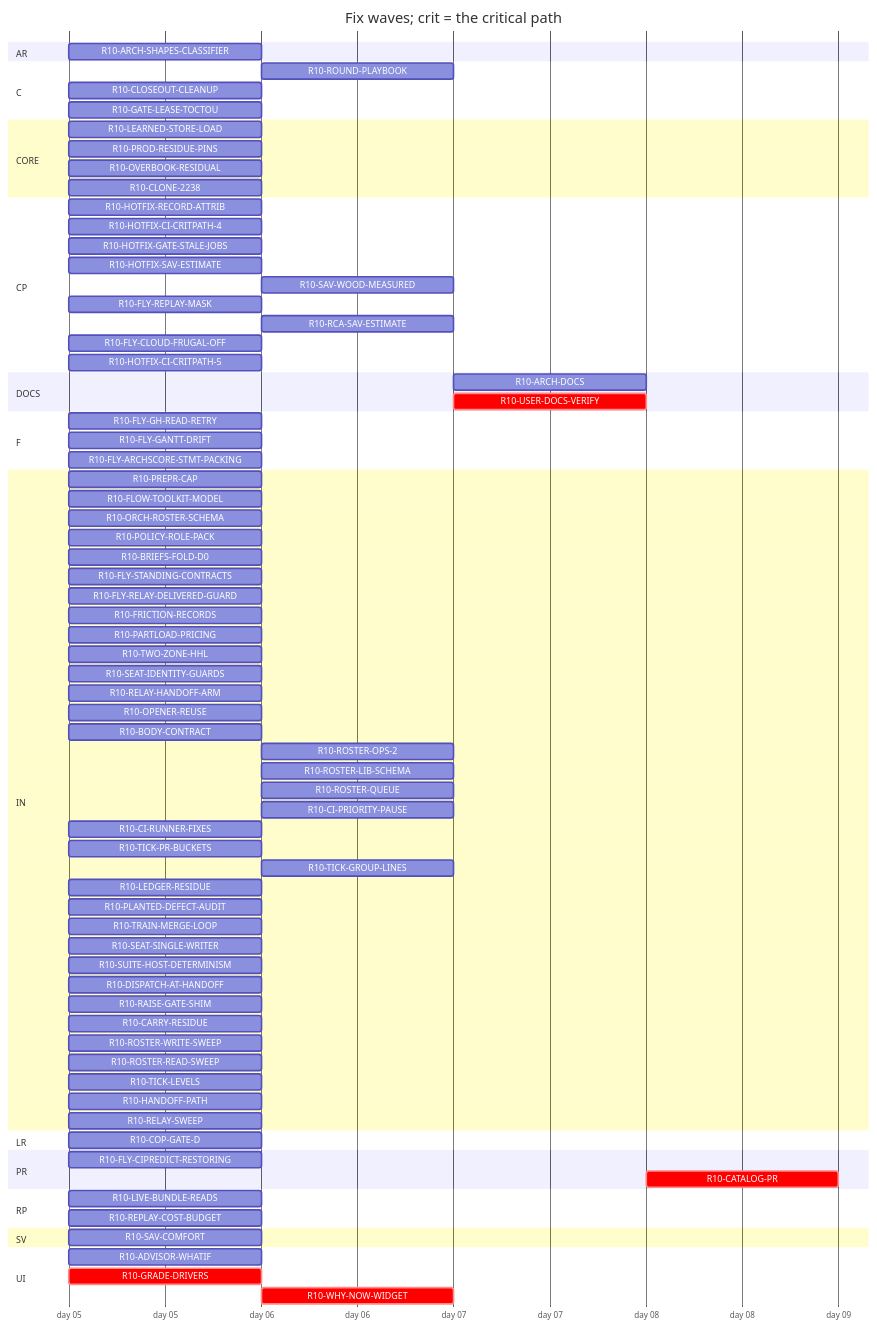
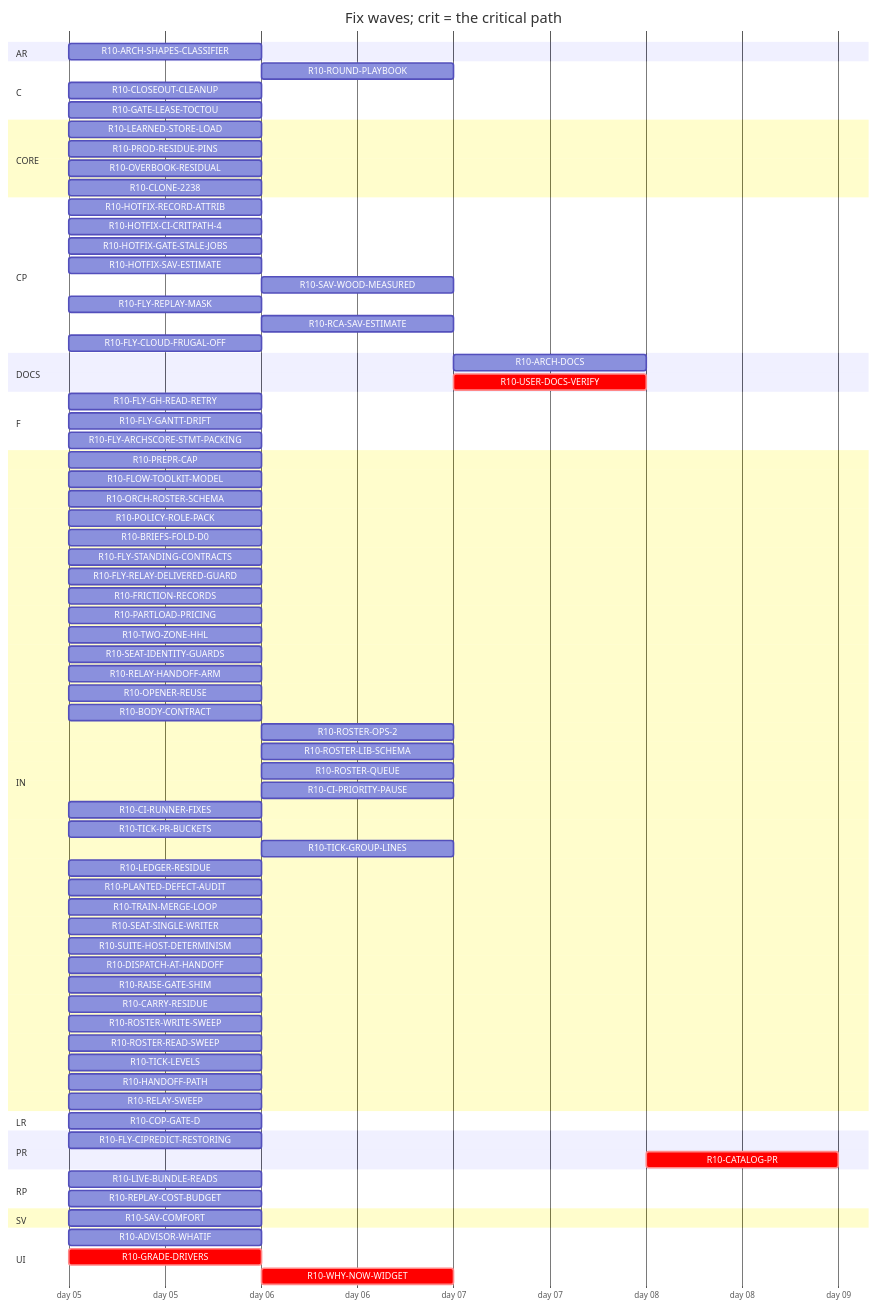
The diagram in handoff/round10/state/PLAN-TABLE.md (tvofi/heatpump_optimizer), drawn with Mermaid before and after one commit. The commit also changed other lines of this file and 3 other files, not shown here.

Commit message:
state: FLOW-BOARD.md, NEXT-SESSION-PROMPT.md, PLAN-TABLE.md, RESUME-CURRENT.md regenerated (state_docs.py)

```diff
--- a/handoff/round10/state/PLAN-TABLE.md
+++ b/handoff/round10/state/PLAN-TABLE.md
@@ -47,7 +47,6 @@
     R10-FLY-REPLAY-MASK :r10FLYREPLAYMASK, 2026-01-05, 1d
     R10-RCA-SAV-ESTIMATE :r10RCASAVESTIMATE, after r10HOTFIXSAVESTIMATE, 1d
     R10-FLY-CLOUD-FRUGAL-OFF :r10FLYCLOUDFRUGALOFF, 2026-01-05, 1d
-    R10-HOTFIX-CI-CRITPATH-5 :r10HOTFIXCICRITPATH5, 2026-01-05, 1d
   section DOCS
     R10-ARCH-DOCS :r10ARCHDOCS, after r10CARRYRESIDUE r10OVERBOOKRESIDUAL r10CLONE2238 r10SAVCOMFORT r10COPGATED r10GRADEDRIVERS r10WHYNOWWIDGET r10PARTLOADPRICING r10TWOZONEHHL r10ARCHSHAPESCLASSIFIER r10ADVISORWHATIF r10LEARNEDSTORELOAD r10PRODRESIDUEPINS r10LIVEBUNDLEREADS r10REPLAYCOSTBUDGET r10PREPRCAP r10HANDOFFPATH r10RELAYSWEEP r10TRAINMERGELOOP r10DISPATCHATHANDOFF r10BODYCONTRACT r10TICKLEVELS r10CIPRIORITYPAUSE r10ROSTERWRITESWEEP r10ROSTERREADSWEEP r10FLYSTANDINGCONTRACTS r10POLICYROLEPACK r10FRICTIONRECORDS r10FLOWTOOLKITMODEL r10SEATIDENTITYGUARDS r10LEDGERRESIDUE r10CIRUNNERFIXES r10FLYCIPREDICTRESTORING r10RAISEGATESHIM r10PLANTEDDEFECTAUDIT r10FLYGHREADRETRY r10SUITEHOSTDETERMINISM, 1d
     R10-USER-DOCS-VERIFY :crit, r10USERDOCSVERIFY, after r10CARRYRESIDUE r10OVERBOOKRESIDUAL r10CLONE2238 r10SAVCOMFORT r10COPGATED r10GRADEDRIVERS r10WHYNOWWIDGET r10PARTLOADPRICING r10TWOZONEHHL r10ARCHSHAPESCLASSIFIER r10ADVISORWHATIF r10LEARNEDSTORELOAD r10PRODRESIDUEPINS r10LIVEBUNDLEREADS r10REPLAYCOSTBUDGET, 1d
```
